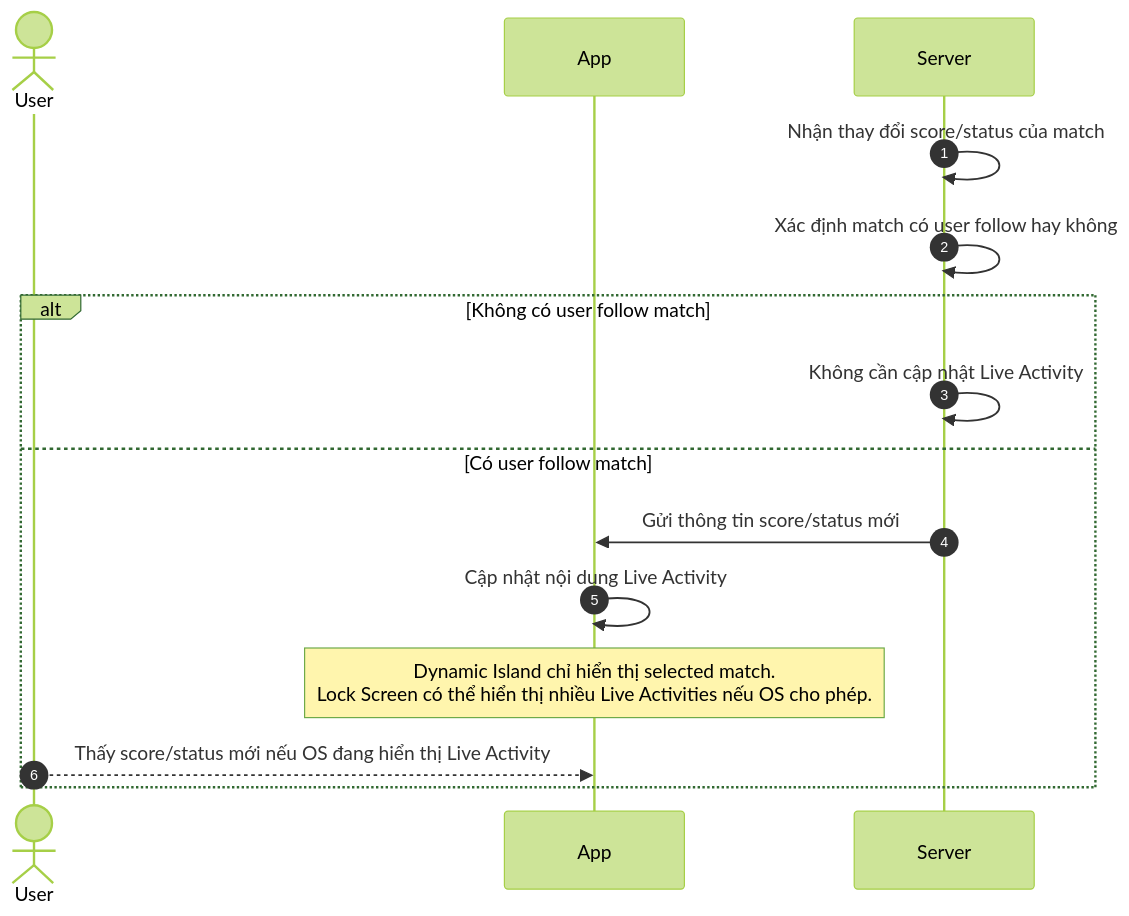
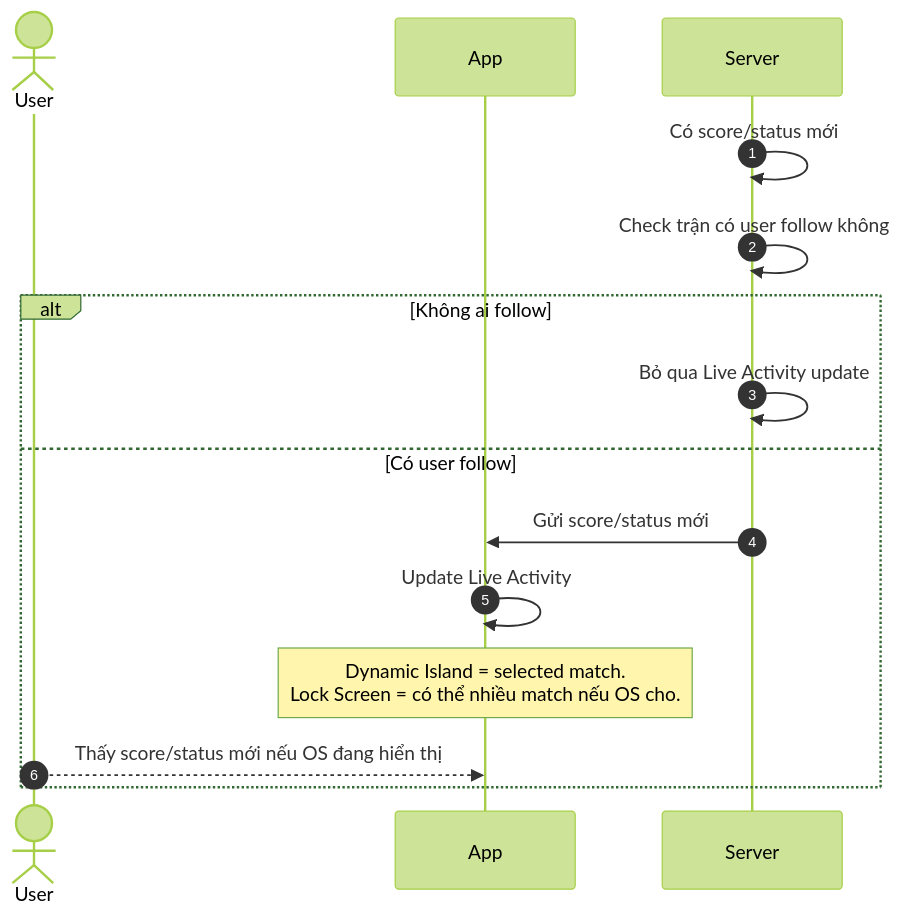
One commit to duongdang1136/FPTPLay changed the second of 4 diagrams in features/final-docs/Sport-Zone/Live-Activity/product/live-activity-user-flows-functional-requirements.md. Above: the diagram before and after it, drawn with Mermaid (forest theme). The commit also changed other lines of this file, not shown here.

Commit message:
docs: rewrite live activity requirements in caveman vietnam

````diff
--- a/features/final-docs/Sport-Zone/Live-Activity/product/live-activity-user-flows-functional-requirements.md
+++ b/features/final-docs/Sport-Zone/Live-Activity/product/live-activity-user-flows-functional-requirements.md
@@ -80,20 +85,20 @@
 ```mermaid
 sequenceDiagram
     autonumber
 
     actor User
     participant App
     participant Server
 
-    Server->>Server: Nhận thay đổi score/status của match
-    Server->>Server: Xác định match có user follow hay không
+    Server->>Server: Có score/status mới
+    Server->>Server: Check trận có user follow không
 
-    alt Không có user follow match
-        Server->>Server: Không cần cập nhật Live Activity
-    else Có user follow match
-        Server->>App: Gửi thông tin score/status mới
-        App->>App: Cập nhật nội dung Live Activity
-        Note over App: Dynamic Island chỉ hiển thị selected match.<br/>Lock Screen có thể hiển thị nhiều Live Activities nếu OS cho phép.
-        User-->>App: Thấy score/status mới nếu OS đang hiển thị Live Activity
+    alt Không ai follow
+        Server->>Server: Bỏ qua Live Activity update
+    else Có user follow
+        Server->>App: Gửi score/status mới
+        App->>App: Update Live Activity
+        Note over App: Dynamic Island = selected match.<br/>Lock Screen = có thể nhiều match nếu OS cho.
+        User-->>App: Thấy score/status mới nếu OS đang hiển thị
     end
 ```
````
